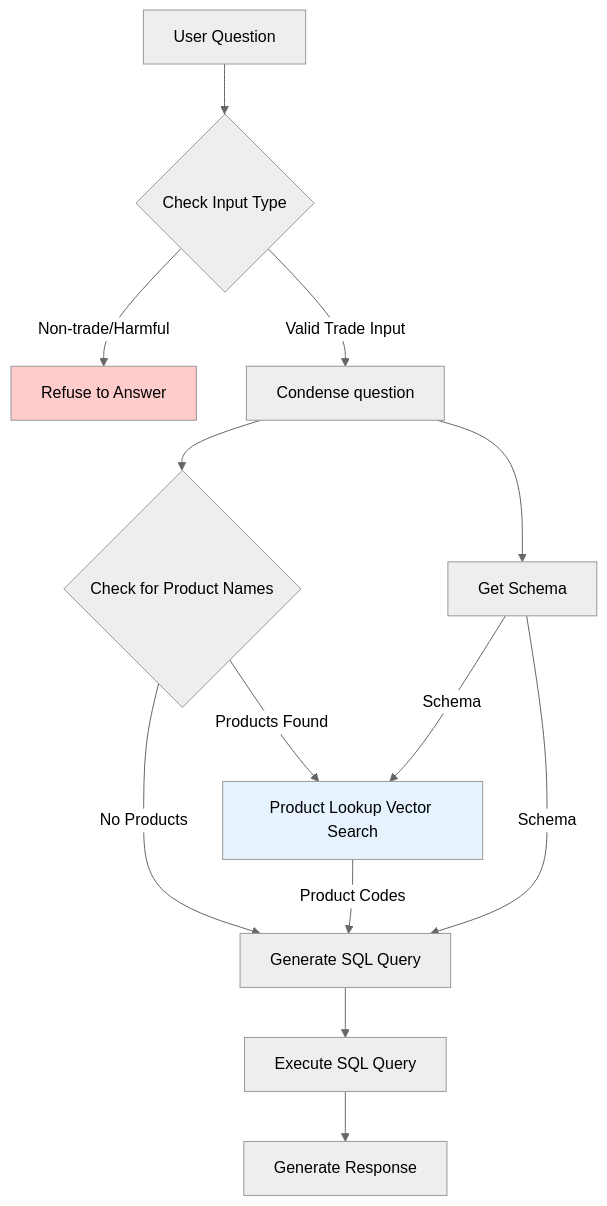
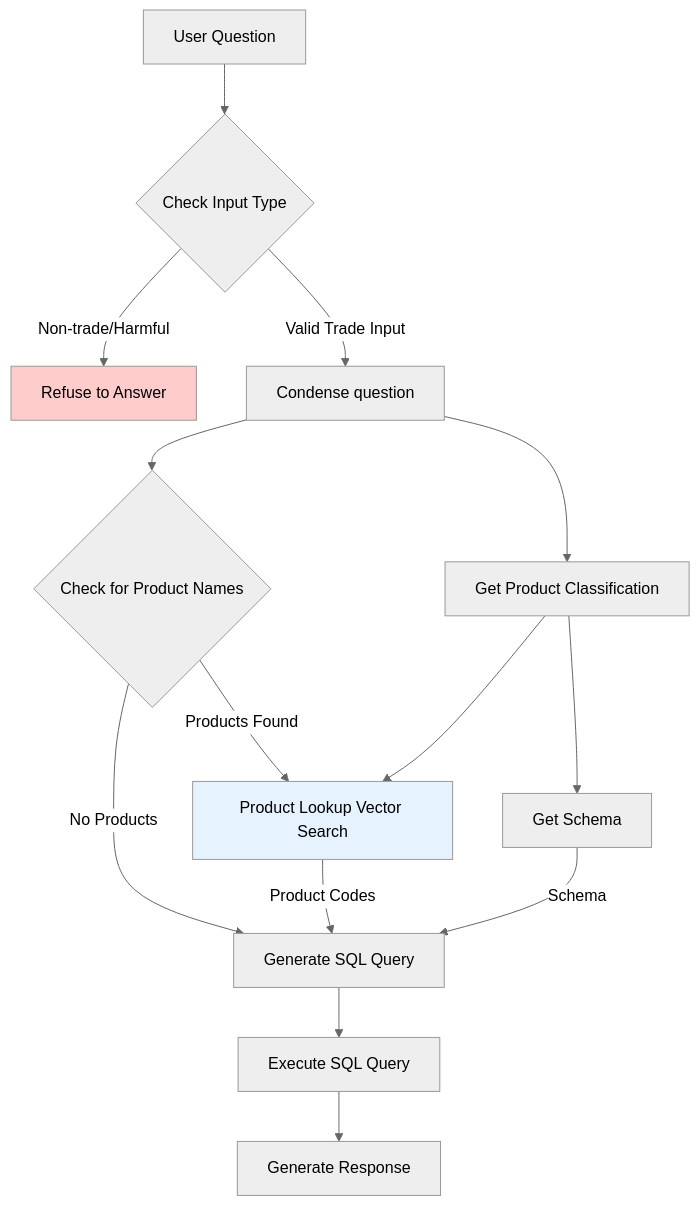
Before and after one commit to shreyasgm/ask-atlas: the diagram in README.md, drawn with Mermaid (neutral theme). The commit also changed 2 other files, not shown here.

Commit message:
Update conftest to include simple metrics, fix flowchart in readme

````diff
--- a/README.md
+++ b/README.md
@@ -6,23 +6,25 @@
 ```mermaid
 flowchart TD
     A[User Question] --> B{Check Input Type}
     B -->|Non-trade/Harmful| C[Refuse to Answer]
     B -->|Valid Trade Input| D1[Condense question]
     
-    D1 --> D[Get Schema]
+    D1 --> D[Get Product Classification]
+
     D1 --> E{Check for Product Names}
     
     E -->|Products Found| F[Product Lookup Vector Search]
     E -->|No Products| H[Generate SQL Query]
     
-    D -->|Schema| F
+    D --> F
     
     F -->|Product Codes| H
-    D -->|Schema| H
+    D --> D2[Get Schema]
+    D2 -->|Schema| H
     
     H --> I[Execute SQL Query]
     I --> J[Generate Response]
     
     style C fill:#ffcccc
     style F fill:#e6f3ff
 ```
````
